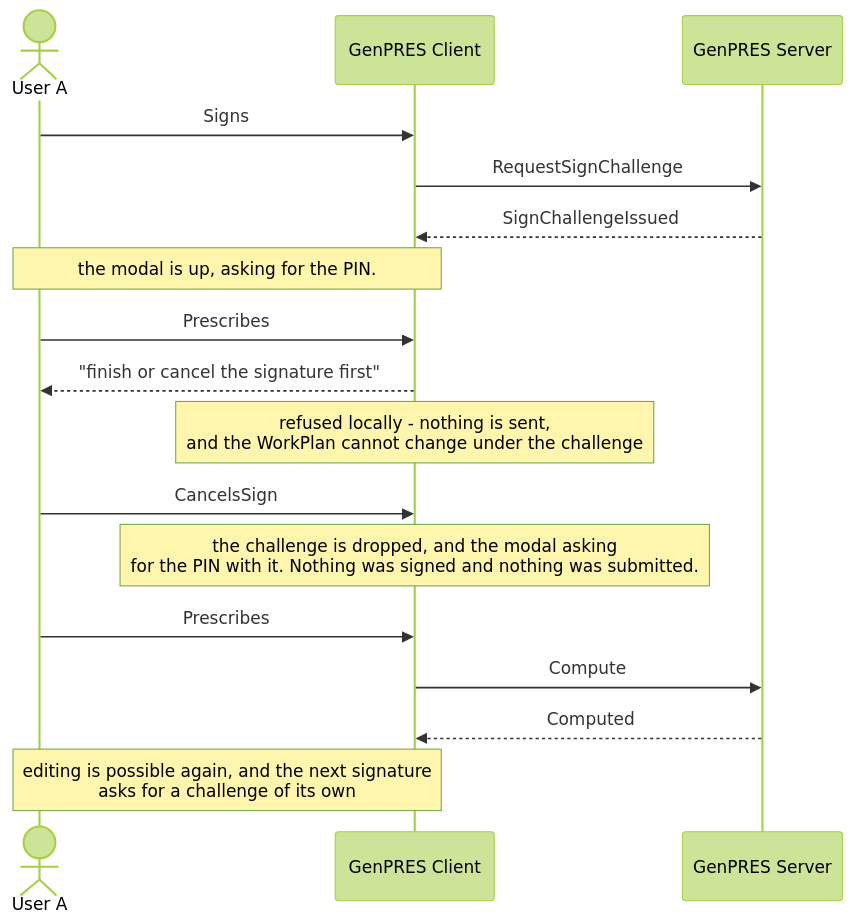
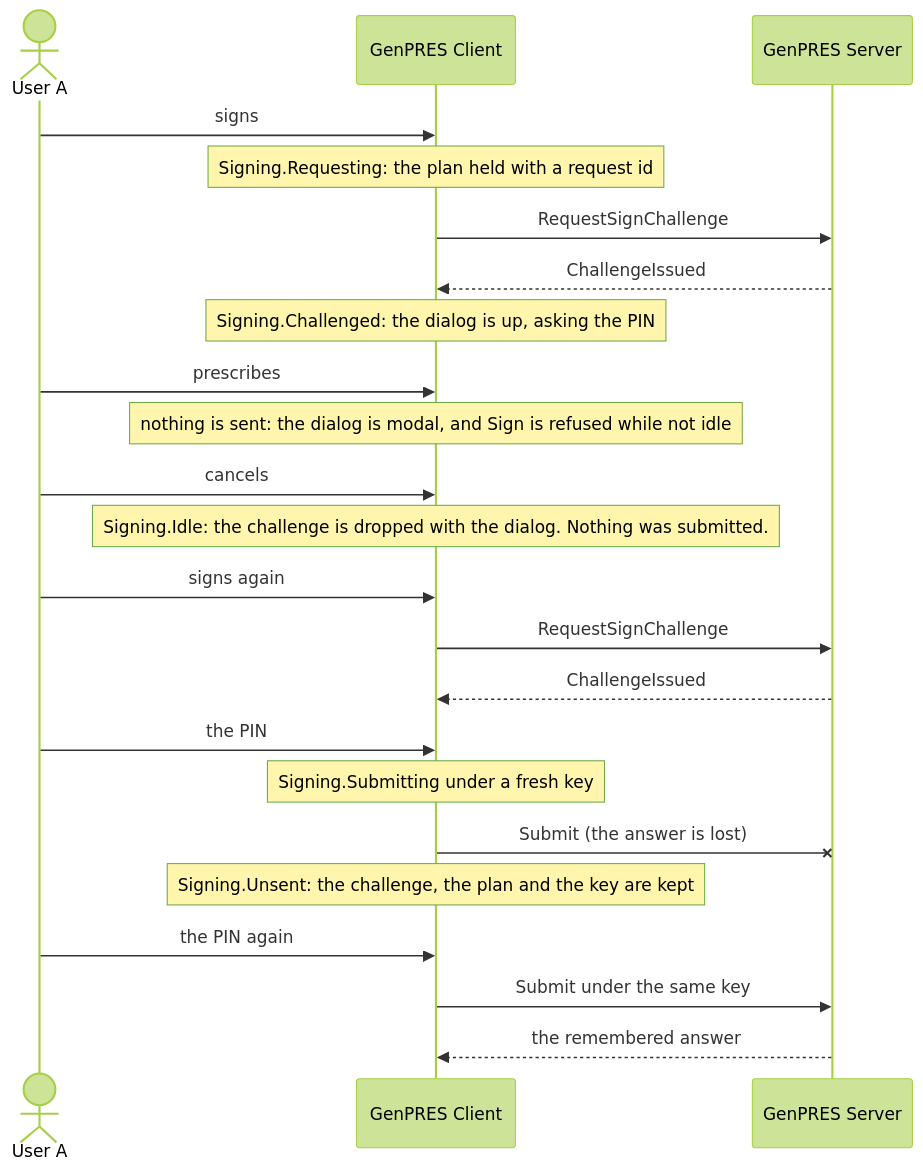
The second of 2 diagrams in docs/scenarios/integration/uc-03-prescribe-and-sign.md (informedica/GenPRES), drawn with Mermaid (forest theme) before and after one commit. The commit also changed other lines of this file and 13 other files, not shown here.

````diff
--- a/docs/scenarios/integration/uc-03-prescribe-and-sign.md
+++ b/docs/scenarios/integration/uc-03-prescribe-and-sign.md
@@ -99,23 +125,29 @@
 ```mermaid
 sequenceDiagram
     actor U as User A
     participant C as GenPRES Client
     participant S as GenPRES Server
 
-    U->>C: Signs
+    U->>C: signs
+    Note over C: Signing.Requesting: the plan held with a request id
     C->>S: RequestSignChallenge
-    S-->>C: SignChallengeIssued
-    Note over U,C: the modal is up, asking for the PIN.
+    S-->>C: ChallengeIssued
+    Note over C: Signing.Challenged: the dialog is up, asking the PIN
 
-    U->>C: Prescribes
-    C-->>U: "finish or cancel the signature first"
-    Note over C: refused locally - nothing is sent,<br/>and the WorkPlan cannot change under the challenge
+    U->>C: prescribes
+    Note over C: nothing is sent: the dialog is modal, and Sign is refused while not idle
 
-    U->>C: CancelsSign
-    Note over C: the challenge is dropped, and the modal asking<br/>for the PIN with it. Nothing was signed and nothing was submitted.
+    U->>C: cancels
+    Note over C: Signing.Idle: the challenge is dropped with the dialog. Nothing was submitted.
 
-    U->>C: Prescribes
-    C->>S: Compute
-    S-->>C: Computed
-    Note over U,C: editing is possible again, and the next signature<br/>asks for a challenge of its own
+    U->>C: signs again
+    C->>S: RequestSignChallenge
+    S-->>C: ChallengeIssued
+    U->>C: the PIN
+    Note over C: Signing.Submitting under a fresh key
+    C-xS: Submit (the answer is lost)
+    Note over C: Signing.Unsent: the challenge, the plan and the key are kept
+    U->>C: the PIN again
+    C->>S: Submit under the same key
+    S-->>C: the remembered answer
 ```
````
